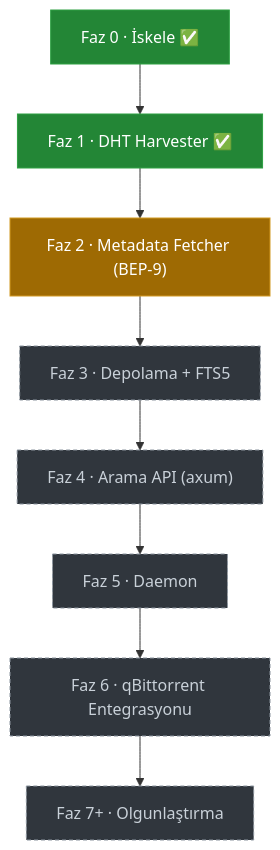
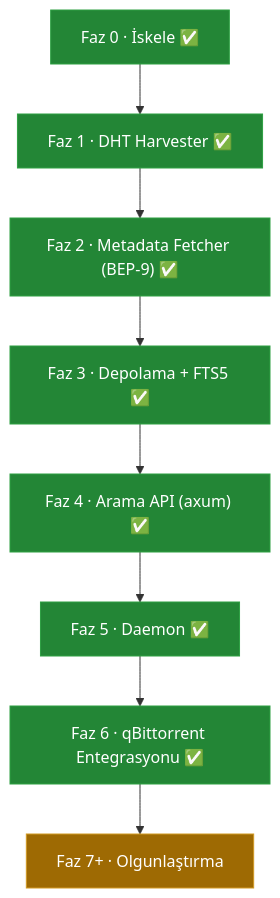
The third of 3 diagrams in README.md (LordOfTheMachines/dragnet), drawn with Mermaid before and after one commit. The commit also changed other lines of this file, not shown here.

First line of the commit message:
docs: README durum güncellemesi — Faz 1–6 tamamlandı

````diff
--- a/README.md
+++ b/README.md
@@ -121,14 +121,14 @@
 ```mermaid
 flowchart TD
     F0["Faz 0 · İskele ✅"]:::done --> F1["Faz 1 · DHT Harvester ✅"]:::done
-    F1 --> F2["Faz 2 · Metadata Fetcher (BEP-9)"]:::next
-    F2 --> F3["Faz 3 · Depolama + FTS5"]:::todo
-    F3 --> F4["Faz 4 · Arama API (axum)"]:::todo
-    F4 --> F5["Faz 5 · Daemon"]:::todo
-    F5 --> F6["Faz 6 · qBittorrent Entegrasyonu"]:::todo
-    F6 --> F7["Faz 7+ · Olgunlaştırma"]:::todo
+    F1 --> F2["Faz 2 · Metadata Fetcher (BEP-9) ✅"]:::done
+    F2 --> F3["Faz 3 · Depolama + FTS5 ✅"]:::done
+    F3 --> F4["Faz 4 · Arama API (axum) ✅"]:::done
+    F4 --> F5["Faz 5 · Daemon ✅"]:::done
+    F5 --> F6["Faz 6 · qBittorrent Entegrasyonu ✅"]:::done
+    F6 --> F7["Faz 7+ · Olgunlaştırma"]:::next
 
     classDef done fill:#238636,stroke:#2ea043,color:#fff;
     classDef next fill:#9e6a03,stroke:#d29922,color:#fff;
     classDef todo fill:#30363d,stroke:#8b949e,color:#c9d1d9,stroke-dasharray:4 3;
 ```
````
